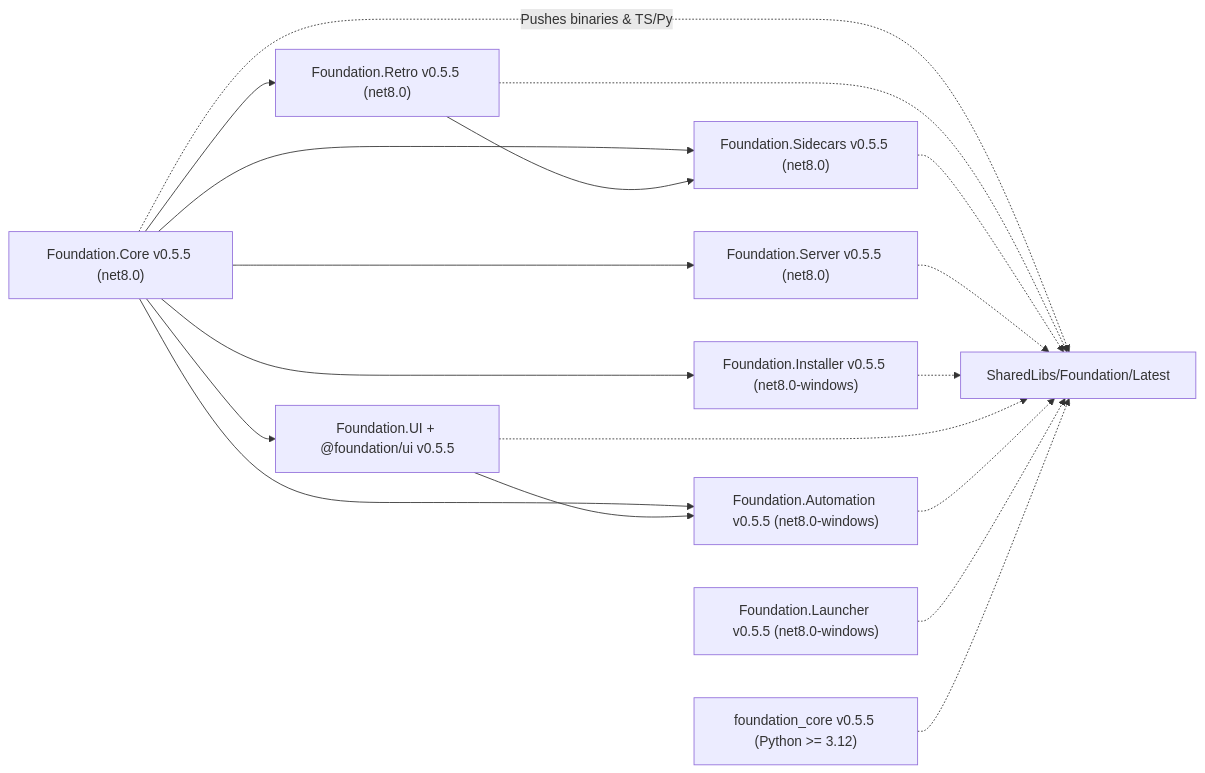
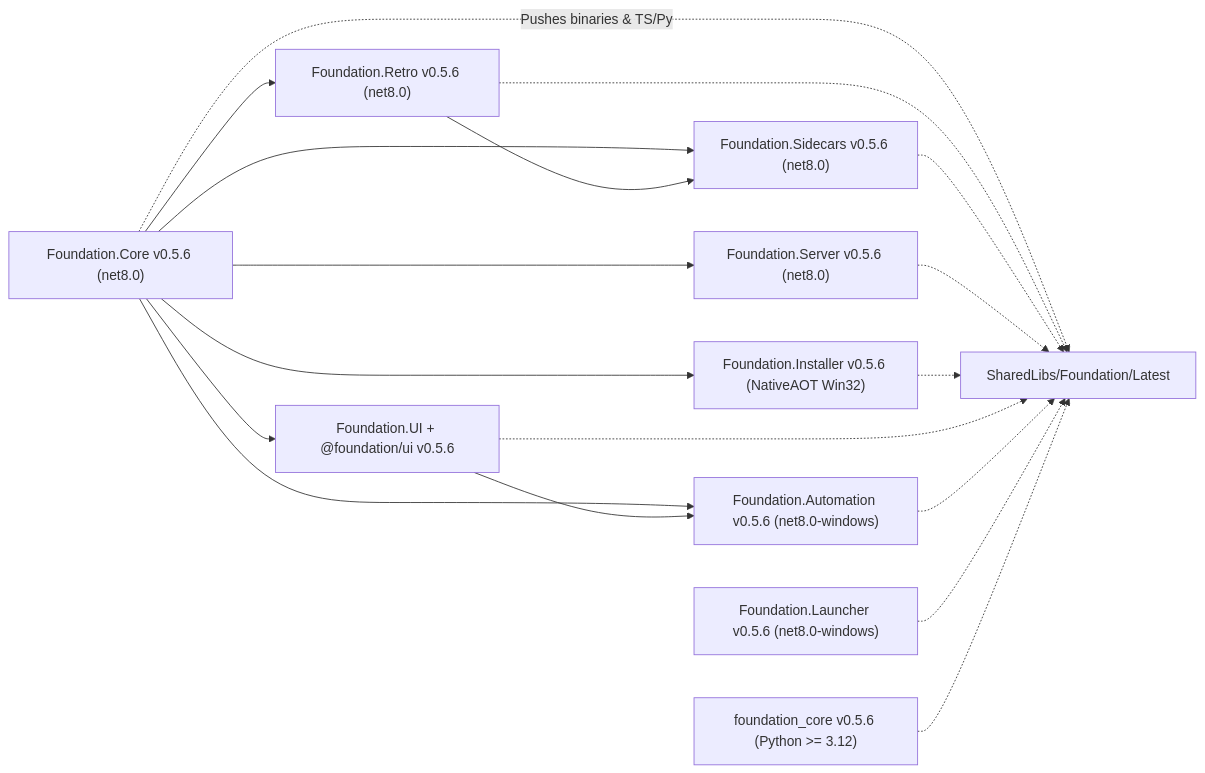
The diagram in Dev/docs/ARCHITECTURE.md (StreamItAllGit/Foundation), drawn with Mermaid before and after one commit. The commit also changed other lines of this file and 65 other files, not shown here.

````diff
--- a/Dev/docs/ARCHITECTURE.md
+++ b/Dev/docs/ARCHITECTURE.md
@@ -12,31 +12,31 @@
 ```mermaid
 flowchart LR
-    Core["Foundation.Core v0.5.5 (net8.0)"]
-    Retro["Foundation.Retro v0.5.5 (net8.0)"]
-    Sidecars["Foundation.Sidecars v0.5.5 (net8.0)"]
-    Server["Foundation.Server v0.5.5 (net8.0)"]
-    Installer["Foundation.Installer v0.5.5 (net8.0-windows)"]
-    UI["Foundation.UI + @foundation/ui v0.5.5"]
-    Automation["Foundation.Automation v0.5.5 (net8.0-windows)"]
-    Launcher["Foundation.Launcher v0.5.5 (net8.0-windows)"]
-    PyCore["foundation_core v0.5.5 (Python >= 3.12)"]
+    Core["Foundation.Core v0.5.6 (net8.0)"]
+    Retro["Foundation.Retro v0.5.6 (net8.0)"]
+    Sidecars["Foundation.Sidecars v0.5.6 (net8.0)"]
+    Server["Foundation.Server v0.5.6 (net8.0)"]
+    Installer["Foundation.Installer v0.5.6 (NativeAOT Win32)"]
+    UI["Foundation.UI + @foundation/ui v0.5.6"]
+    Automation["Foundation.Automation v0.5.6 (net8.0-windows)"]
+    Launcher["Foundation.Launcher v0.5.6 (net8.0-windows)"]
+    PyCore["foundation_core v0.5.6 (Python >= 3.12)"]
     Hub["SharedLibs/Foundation/Latest"]
 
     Core --> Retro
     Core --> Sidecars
     Retro --> Sidecars
     Core --> Server
     Core --> Installer
     Core --> UI
     Core --> Automation
     UI --> Automation
     Core -. "Pushes binaries & TS/Py" .-> Hub
     Retro -.-> Hub
     Sidecars -.-> Hub
     Server -.-> Hub
     Installer -.-> Hub
     UI -.-> Hub
     Automation -.-> Hub
     Launcher -.-> Hub
     PyCore -.-> Hub
 ```
````
